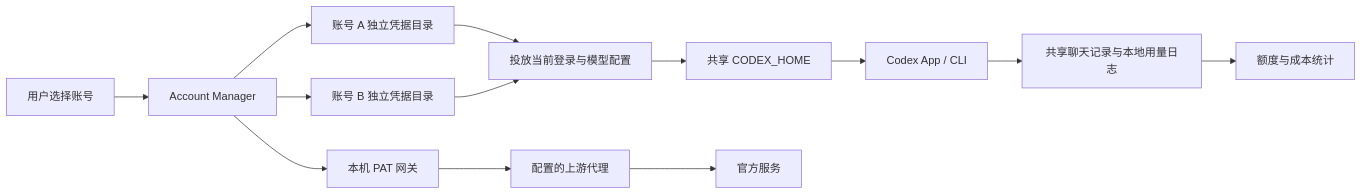
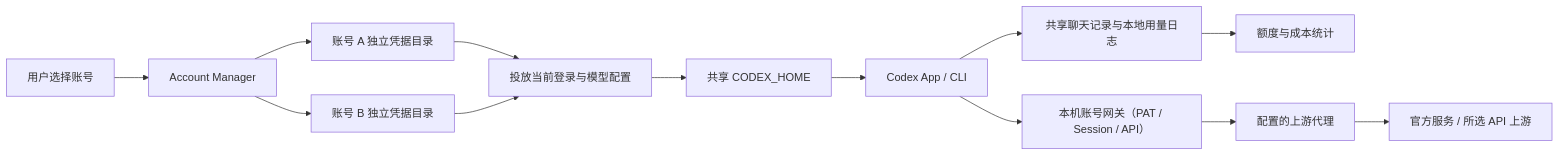
The diagram in README.md (bennettnaida-cloud/codex-account-manager), drawn with Mermaid before and after one commit. The commit also changed other lines of this file and 15 other files, not shown here.

````diff
--- a/README.md
+++ b/README.md
@@ -56,15 +56,15 @@
 ```mermaid
 flowchart LR
     U["用户选择账号"] --> M["Account Manager"]
     M --> A["账号 A 独立凭据目录"]
     M --> B["账号 B 独立凭据目录"]
     A --> P["投放当前登录与模型配置"]
     B --> P
     P --> H["共享 CODEX_HOME"]
     H --> C["Codex App / CLI"]
     C --> L["共享聊天记录与本地用量日志"]
     L --> S["额度与成本统计"]
-    M --> G["本机 PAT 网关"]
+    C --> G["本机账号网关（PAT / Session / API）"]
     G --> X["配置的上游代理"]
-    X --> O["官方服务"]
+    X --> O["官方服务 / 所选 API 上游"]
 ```
````
